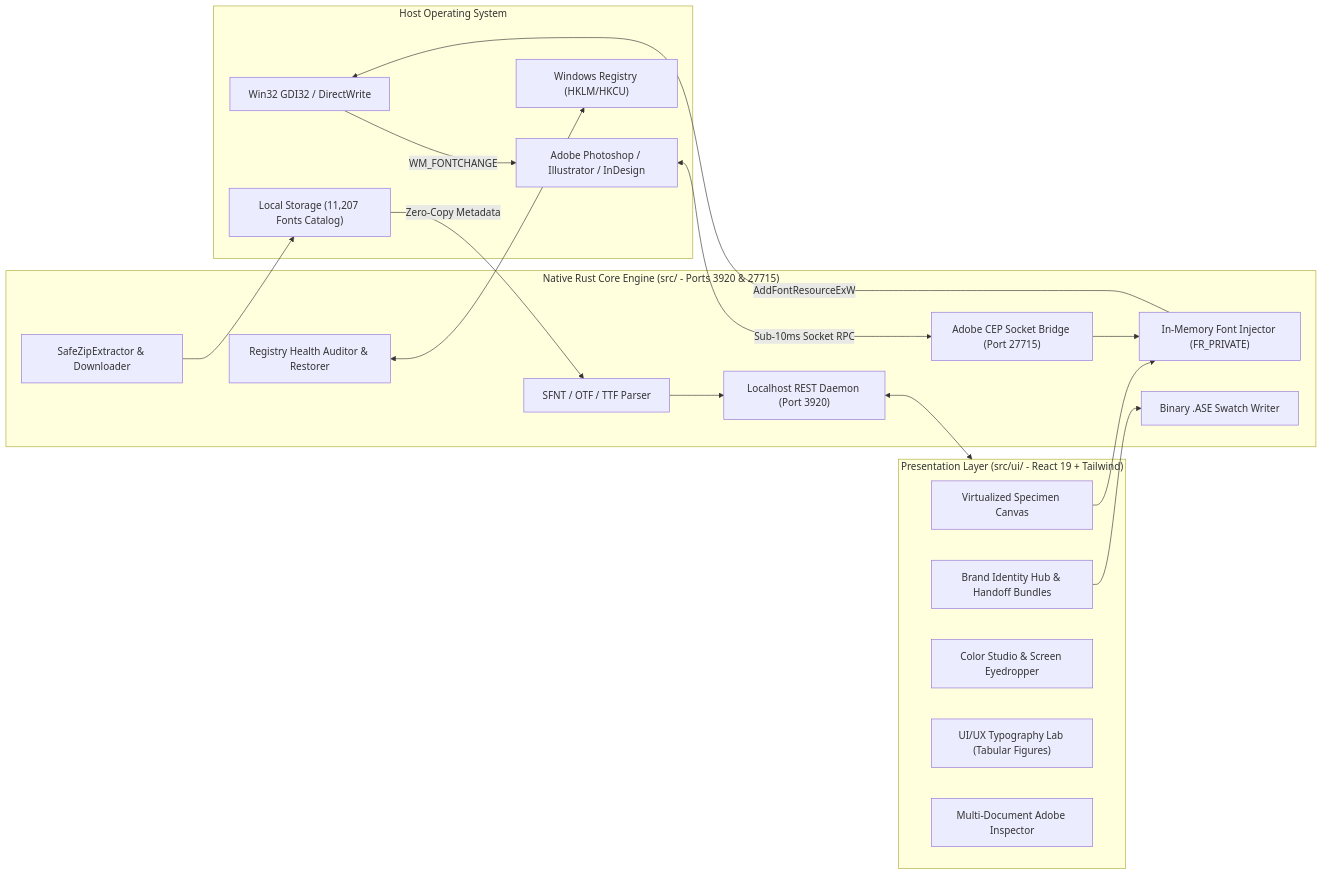
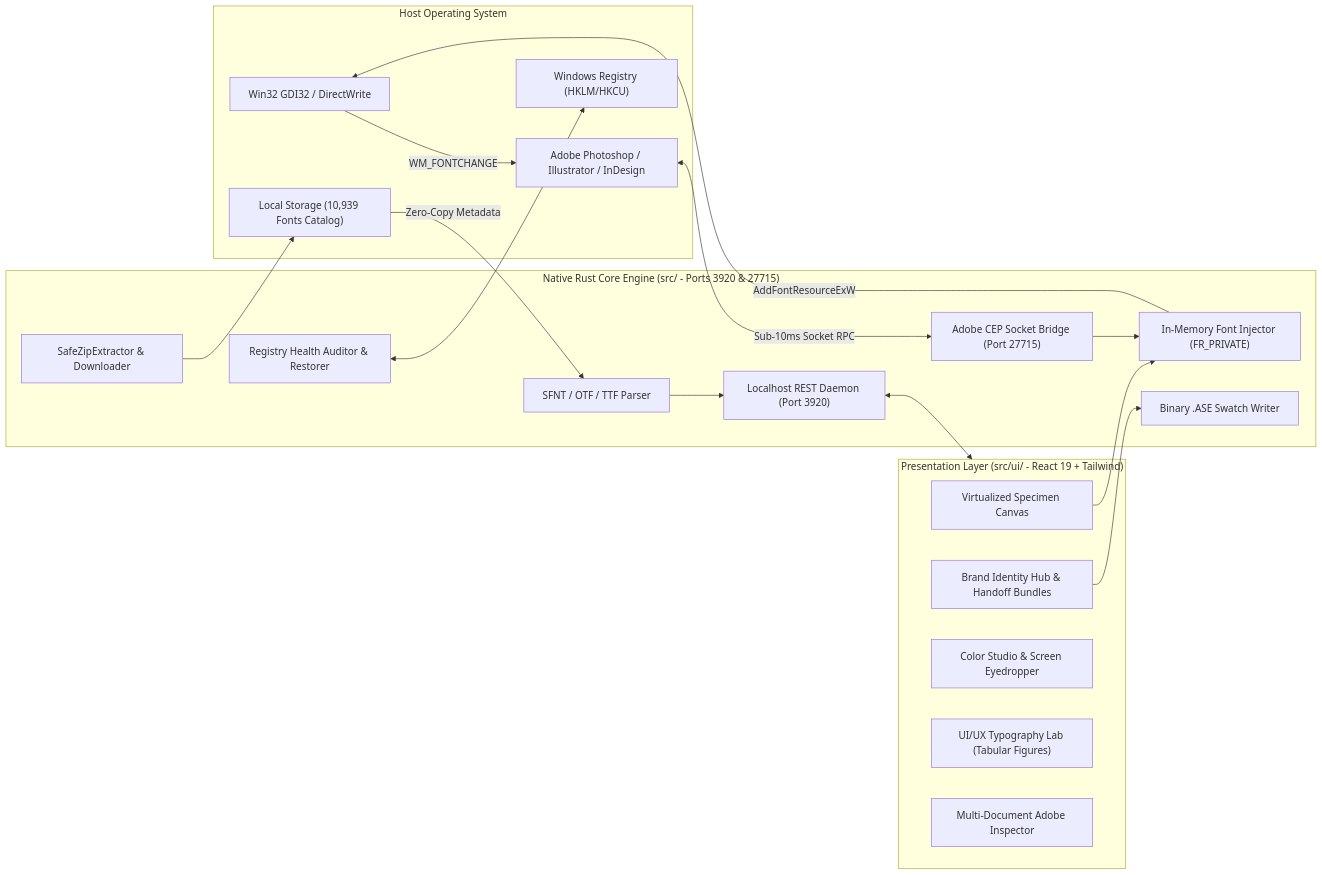
The diagram in README.md (Ahmedfahmy8308/Fontivo), drawn with Mermaid before and after one commit. The commit also changed other lines of this file, not shown here.

Commit message:
docs(readme): lead with OG banner, unify Plum/Coral/Lavender badges, and sync 10,939 catalog counts

````diff
--- a/README.md
+++ b/README.md
@@ -285,39 +285,39 @@
 ```mermaid
 flowchart LR
  subgraph Host["Host Operating System"]
  WIN_GDI["Win32 GDI32 / DirectWrite"]
  ADOBE_CC["Adobe Photoshop / Illustrator / InDesign"]
  REGISTRY["Windows Registry (HKLM/HKCU)"]
- DISK["Local Storage (11,207 Fonts Catalog)"]
+ DISK["Local Storage (10,939 Fonts Catalog)"]
  end
 
  subgraph Core["Native Rust Core Engine (src/ - Ports 3920 & 27715)"]
  PARSER["SFNT / OTF / TTF Parser"]
  RAM_LOADER["In-Memory Font Injector (FR_PRIVATE)"]
  ADOBE_BRIDGE["Adobe CEP Socket Bridge (Port 27715)"]
  REST_API["Localhost REST Daemon (Port 3920)"]
  ASE_ENGINE["Binary .ASE Swatch Writer"]
  SAFE_ZIP["SafeZipExtractor & Downloader"]
  HEALTH["Registry Health Auditor & Restorer"]
  end
 
  subgraph UI["Presentation Layer (src/ui/ - React 19 + Tailwind)"]
  CANVAS["Virtualized Specimen Canvas"]
  KITS_UI["Brand Identity Hub & Handoff Bundles"]
  COLOR_UI["Color Studio & Screen Eyedropper"]
  LAB_UI["UI/UX Typography Lab (Tabular Figures)"]
  ADOBE_UI["Multi-Document Adobe Inspector"]
  end
 
  DISK -->|Zero-Copy Metadata| PARSER
  PARSER --> REST_API
  REST_API <--> UI
  KITS_UI --> ASE_ENGINE
  CANVAS --> RAM_LOADER
  RAM_LOADER -->|AddFontResourceExW| WIN_GDI
  WIN_GDI -->|WM_FONTCHANGE| ADOBE_CC
  ADOBE_CC <-->|Sub-10ms Socket RPC| ADOBE_BRIDGE
  ADOBE_BRIDGE --> RAM_LOADER
  HEALTH <--> REGISTRY
  SAFE_ZIP --> DISK
 ```
````
